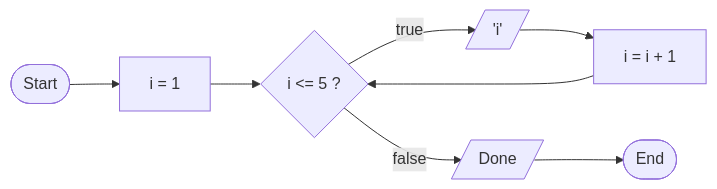
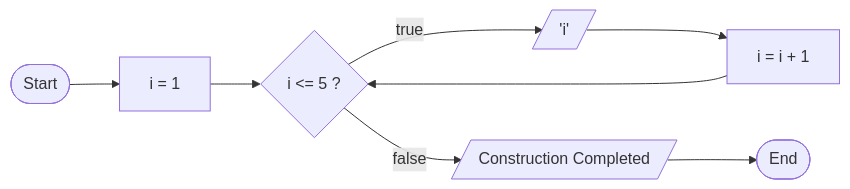
Before and after one commit to afzalimdad9/JS-Notes: the seventh of 9 diagrams in JS Basics.md, drawn with Mermaid. The commit also changed other lines of this file and 2 other files, not shown here.

````diff
--- a/JS Basics.md
+++ b/JS Basics.md
@@ -1004,10 +980,10 @@
-   ```mermaid
-   graph LR
-   A([Start]) --> B[i = 1]
-   B--> C{i <= 5 ?}
-   C -->|true| D[/'i'/]
-   D --> F[i = i + 1]
-   C -->|false| E[/Done/]
-   F --> C
-   E --> G([End])
-   ```
+```mermaid
+graph LR
+A([Start]) --> B[i = 1]
+B--> C{i <= 5 ?}
+C -->|true| D[/'i'/]
+D --> F[i = i + 1]
+C -->|false| E[/Construction Completed/]
+F --> C
+E --> G([End])
+```
````
